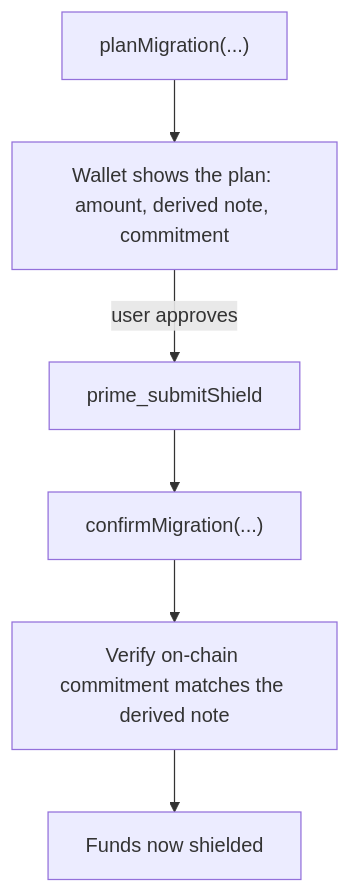
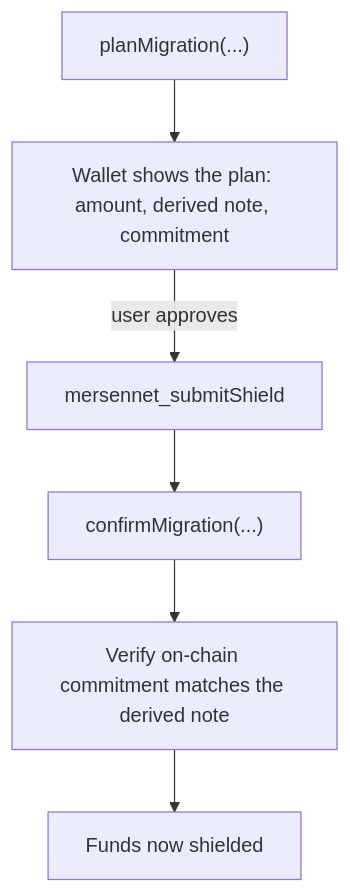
Before and after one commit to mersennet/docs: the diagram in src/content/docs/privacy/migration.md, drawn with Mermaid. The commit also changed other lines of this file and 71 other files, not shown here.

Commit message:
rename: complete Prime -> Mersennet brand sweep

````diff
--- a/src/content/docs/privacy/migration.md
+++ b/src/content/docs/privacy/migration.md
@@ -10,8 +10,8 @@
 ```mermaid
 flowchart TD
   Plan["planMigration(...)"] --> Review["Wallet shows the plan: amount, derived note, commitment"]
-  Review -->|"user approves"| Shield["prime_submitShield"]
+  Review -->|"user approves"| Shield["mersennet_submitShield"]
   Shield --> Confirm["confirmMigration(...)"]
   Confirm --> Verify["Verify on-chain commitment matches the derived note"]
   Verify --> Done["Funds now shielded"]
 ```
````
